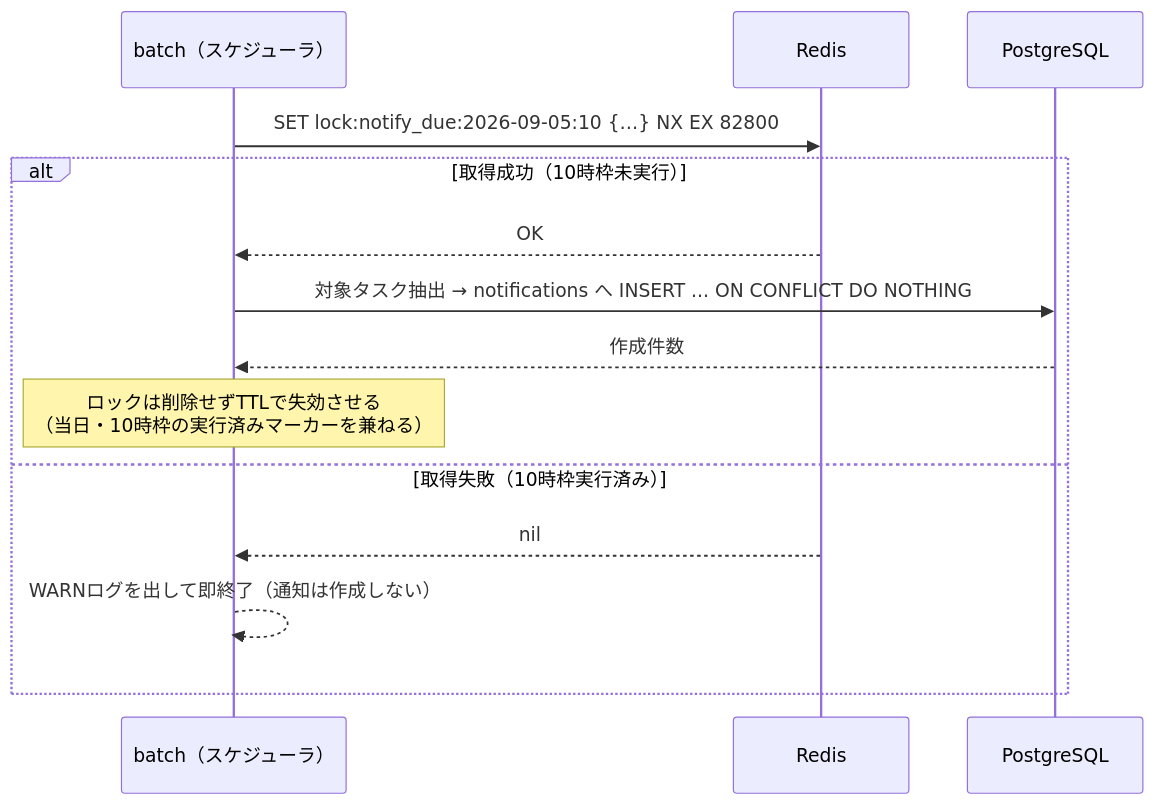
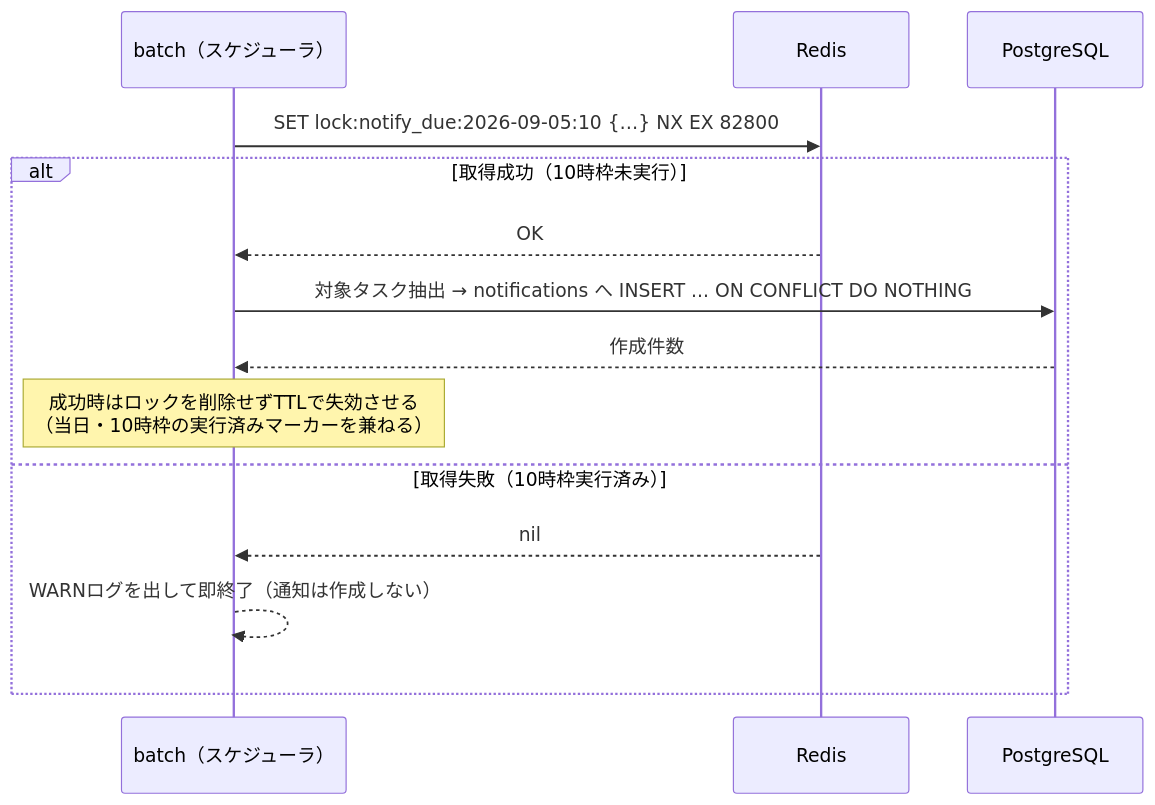
One commit to oikawa-d/task_management changed the sixth of 6 diagrams in basic_design/02_redis.md. Above: the diagram before and after it, drawn with Mermaid. The commit also changed other lines of this file and 19 other files, not shown here.

````diff
--- a/basic_design/02_redis.md
+++ b/basic_design/02_redis.md
@@ -188,17 +188,17 @@
 ```mermaid
 sequenceDiagram
     participant B as batch（スケジューラ）
     participant R as Redis
     participant P as PostgreSQL
 
     B->>R: SET lock:notify_due:2026-09-05:10 {…} NX EX 82800
     alt 取得成功（10時枠未実行）
         R-->>B: OK
         B->>P: 対象タスク抽出 → notifications へ INSERT ... ON CONFLICT DO NOTHING
         P-->>B: 作成件数
-        Note over B: ロックは削除せずTTLで失効させる<br/>（当日・10時枠の実行済みマーカーを兼ねる）
+        Note over B: 成功時はロックを削除せずTTLで失効させる<br/>（当日・10時枠の実行済みマーカーを兼ねる）
     else 取得失敗（10時枠実行済み）
         R-->>B: nil
         B-->>B: WARNログを出して即終了（通知は作成しない）
     end
 ```
````
